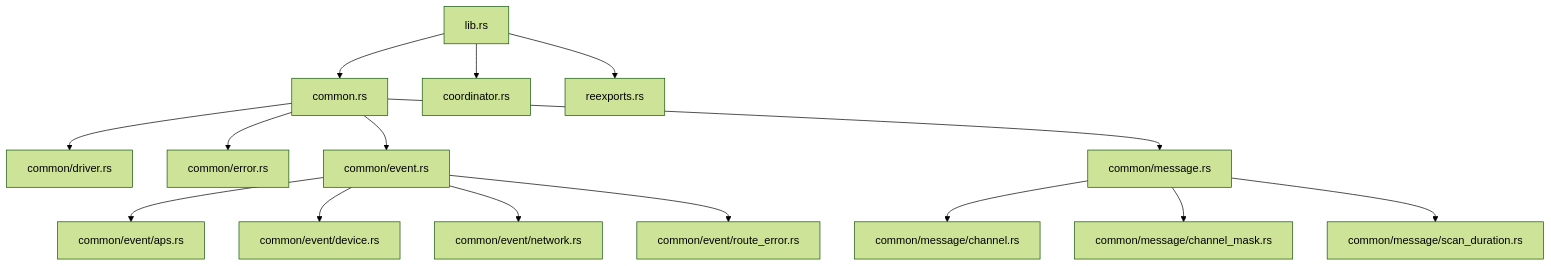
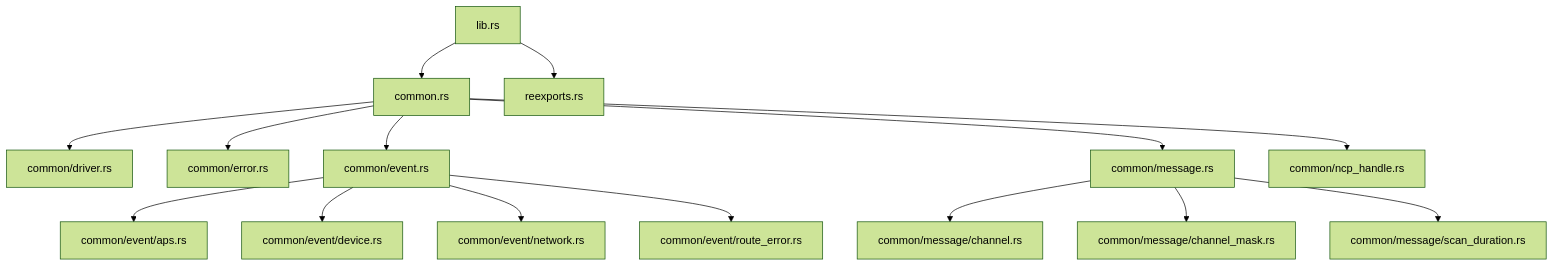
Before and after one commit to PaulmannLighting/apis-saltans: the third of 3 diagrams in hw/ARCHITECTURE.md, drawn with Mermaid (forest theme). The commit also changed other lines of this file and 19 other files, not shown here.

Commit message:
Use `NcpHandle` with inherent methods.

````diff
--- a/hw/ARCHITECTURE.md
+++ b/hw/ARCHITECTURE.md
@@ -92,17 +92,17 @@
 ```mermaid
 flowchart TD
     L[lib.rs] --> C[common.rs]
-    L --> N[coordinator.rs]
     L --> R[reexports.rs]
     C --> D[common/driver.rs]
     C --> E[common/error.rs]
     C --> V[common/event.rs]
     C --> M[common/message.rs]
+    C --> H[common/ncp_handle.rs]
     M --> CH[common/message/channel.rs]
     M --> CM[common/message/channel_mask.rs]
     M --> SD[common/message/scan_duration.rs]
     V --> AV[common/event/aps.rs]
     V --> DV[common/event/device.rs]
     V --> NV[common/event/network.rs]
     V --> RV[common/event/route_error.rs]
 ```
````
